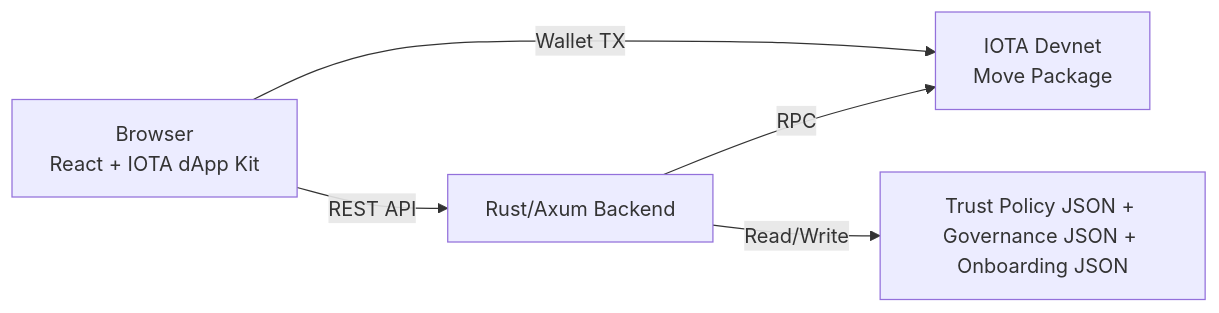
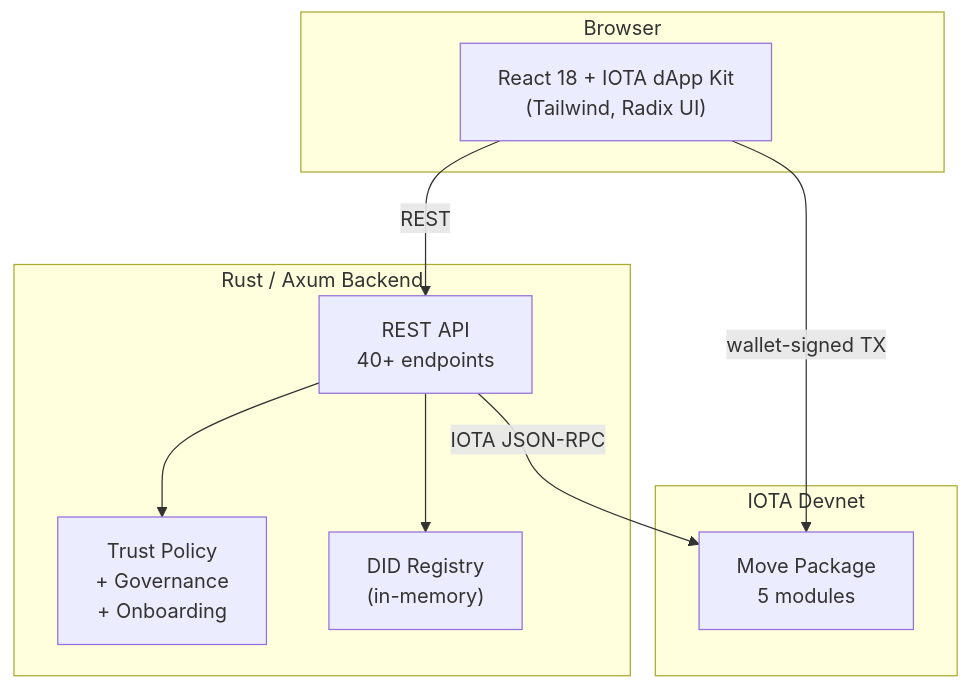
One commit to theiari/Hackathon changed the diagram in passapawn/README.md. Above: the diagram before and after it, drawn with Mermaid. The commit also changed other lines of this file and 29 other files, not shown here.

````diff
--- a/passapawn/README.md
+++ b/passapawn/README.md
@@ -20,7 +46,22 @@
 ```mermaid
-flowchart LR
-  A[Browser\nReact + IOTA dApp Kit] -- Wallet TX --> B[IOTA Devnet\nMove Package]
-  A -- REST API --> C[Rust/Axum Backend]
-  C -- RPC --> B
-  C -- Read/Write --> D[Trust Policy JSON + Governance JSON + Onboarding JSON]
+flowchart TB
+  subgraph Browser
+    FE["React 18 + IOTA dApp Kit\n(Tailwind, Radix UI)"]
+  end
+
+  subgraph IOTA_Devnet["IOTA Devnet"]
+    MOVE["Move Package\n5 modules"]
+  end
+
+  subgraph Backend["Rust / Axum Backend"]
+    API["REST API\n40+ endpoints"]
+    TRUST["Trust Policy\n+ Governance\n+ Onboarding"]
+    DID["DID Registry\n(in-memory)"]
+  end
+
+  FE -- "wallet-signed TX" --> MOVE
+  FE -- "REST" --> API
+  API -- "IOTA JSON-RPC" --> MOVE
+  API --> TRUST
+  API --> DID
 ```
````
